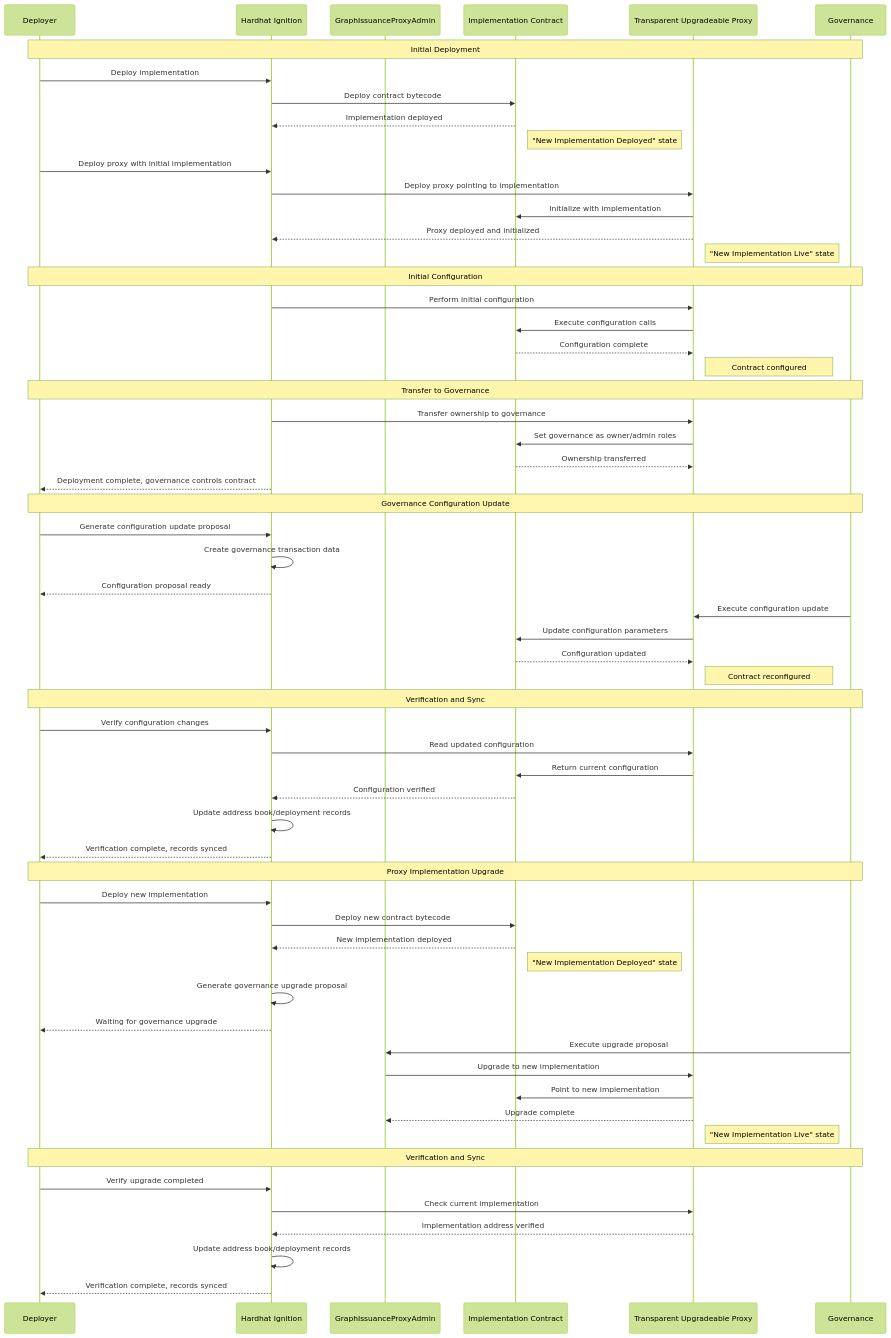
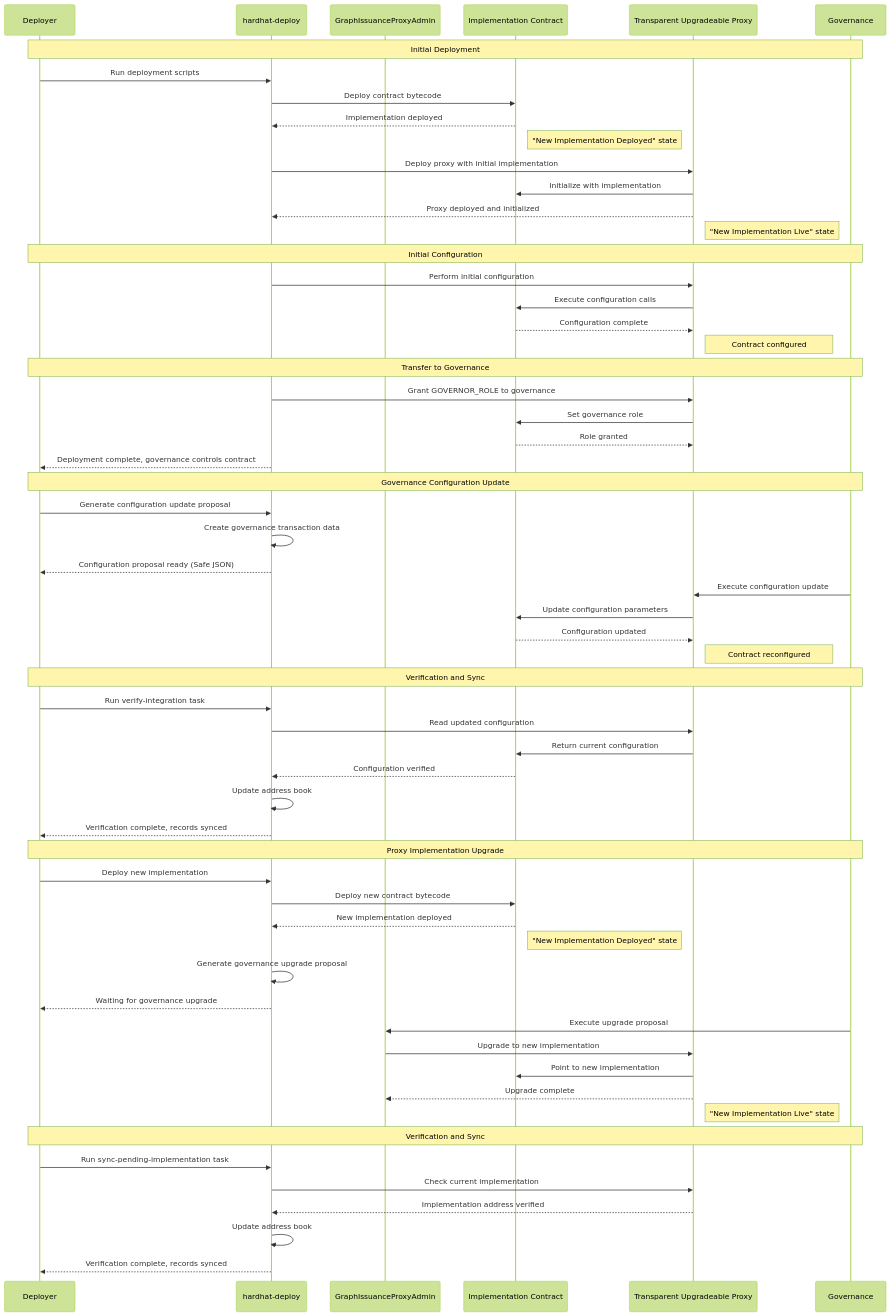
Before and after one commit to graphprotocol/contracts: the tenth of 10 diagrams in packages/deploy/Design.md, drawn with Mermaid (forest theme). The commit also changed other lines of this file and 30 other files, not shown here.

First line of the commit message:
refactor(deploy): complete migration from Ignition to hardhat-deploy

````diff
--- a/packages/deploy/Design.md
+++ b/packages/deploy/Design.md
@@ -485,73 +493,72 @@
 ```mermaid
 sequenceDiagram
     participant Deployer as Deployer
-    participant Ignition as Hardhat Ignition
+    participant Deploy as hardhat-deploy
     participant Admin as GraphIssuanceProxyAdmin
     participant Impl as Implementation Contract
     participant Proxy as Transparent Upgradeable Proxy
     participant Gov as Governance
 
     Note over Deployer,Gov: Initial Deployment
-    Deployer->>Ignition: Deploy implementation
-    Ignition->>Impl: Deploy contract bytecode
-    Impl-->>Ignition: Implementation deployed
+    Deployer->>Deploy: Run deployment scripts
+    Deploy->>Impl: Deploy contract bytecode
+    Impl-->>Deploy: Implementation deployed
     Note right of Impl: "New Implementation Deployed" state
 
-    Deployer->>Ignition: Deploy proxy with initial implementation
-    Ignition->>Proxy: Deploy proxy pointing to implementation
+    Deploy->>Proxy: Deploy proxy with initial implementation
     Proxy->>Impl: Initialize with implementation
-    Proxy-->>Ignition: Proxy deployed and initialized
+    Proxy-->>Deploy: Proxy deployed and initialized
     Note right of Proxy: "New Implementation Live" state
 
     Note over Deployer,Gov: Initial Configuration
-    Ignition->>Proxy: Perform initial configuration
+    Deploy->>Proxy: Perform initial configuration
     Proxy->>Impl: Execute configuration calls
     Impl-->>Proxy: Configuration complete
     Note right of Proxy: Contract configured
 
     Note over Deployer,Gov: Transfer to Governance
-    Ignition->>Proxy: Transfer ownership to governance
-    Proxy->>Impl: Set governance as owner/admin roles
-    Impl-->>Proxy: Ownership transferred
-    Ignition-->>Deployer: Deployment complete, governance controls contract
+    Deploy->>Proxy: Grant GOVERNOR_ROLE to governance
+    Proxy->>Impl: Set governance role
+    Impl-->>Proxy: Role granted
+    Deploy-->>Deployer: Deployment complete, governance controls contract
 
     Note over Deployer,Gov: Governance Configuration Update
-    Deployer->>Ignition: Generate configuration update proposal
-    Ignition->>Ignition: Create governance transaction data
-    Ignition-->>Deployer: Configuration proposal ready
+    Deployer->>Deploy: Generate configuration update proposal
+    Deploy->>Deploy: Create governance transaction data
+    Deploy-->>Deployer: Configuration proposal ready (Safe JSON)
 
     Gov->>Proxy: Execute configuration update
     Proxy->>Impl: Update configuration parameters
     Impl-->>Proxy: Configuration updated
     Note right of Proxy: Contract reconfigured
 
     Note over Deployer,Gov: Verification and Sync
-    Deployer->>Ignition: Verify configuration changes
-    Ignition->>Proxy: Read updated configuration
+    Deployer->>Deploy: Run verify-integration task
+    Deploy->>Proxy: Read updated configuration
     Proxy->>Impl: Return current configuration
-    Impl-->>Ignition: Configuration verified
-    Ignition->>Ignition: Update address book/deployment records
-    Ignition-->>Deployer: Verification complete, records synced
+    Impl-->>Deploy: Configuration verified
+    Deploy->>Deploy: Update address book
+    Deploy-->>Deployer: Verification complete, records synced
 
     Note over Deployer,Gov: Proxy Implementation Upgrade
-    Deployer->>Ignition: Deploy new implementation
-    Ignition->>Impl: Deploy new contract bytecode
-    Impl-->>Ignition: New implementation deployed
+    Deployer->>Deploy: Deploy new implementation
+    Deploy->>Impl: Deploy new contract bytecode
+    Impl-->>Deploy: New implementation deployed
     Note right of Impl: "New Implementation Deployed" state
 
-    Ignition->>Ignition: Generate governance upgrade proposal
-    Ignition-->>Deployer: Waiting for governance upgrade
+    Deploy->>Deploy: Generate governance upgrade proposal
+    Deploy-->>Deployer: Waiting for governance upgrade
 
     Gov->>Admin: Execute upgrade proposal
     Admin->>Proxy: Upgrade to new implementation
     Proxy->>Impl: Point to new implementation
     Proxy-->>Admin: Upgrade complete
     Note right of Proxy: "New Implementation Live" state
 
     Note over Deployer,Gov: Verification and Sync
-    Deployer->>Ignition: Verify upgrade completed
-    Ignition->>Proxy: Check current implementation
-    Proxy-->>Ignition: Implementation address verified
-    Ignition->>Ignition: Update address book/deployment records
-    Ignition-->>Deployer: Verification complete, records synced
+    Deployer->>Deploy: Run sync-pending-implementation task
+    Deploy->>Proxy: Check current implementation
+    Proxy-->>Deploy: Implementation address verified
+    Deploy->>Deploy: Update address book
+    Deploy-->>Deployer: Verification complete, records synced
 ```
````
